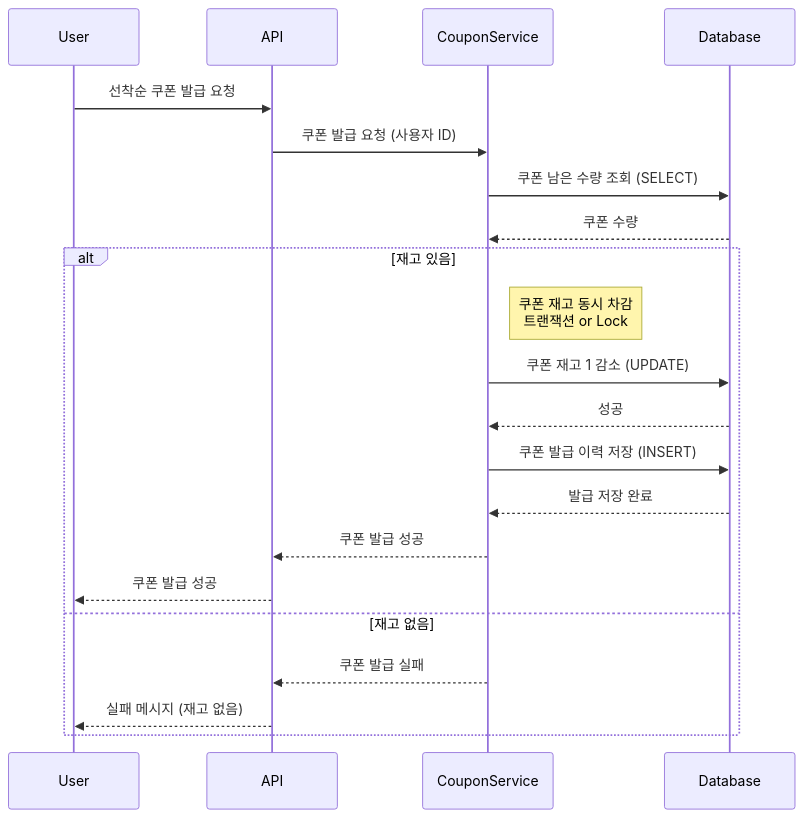
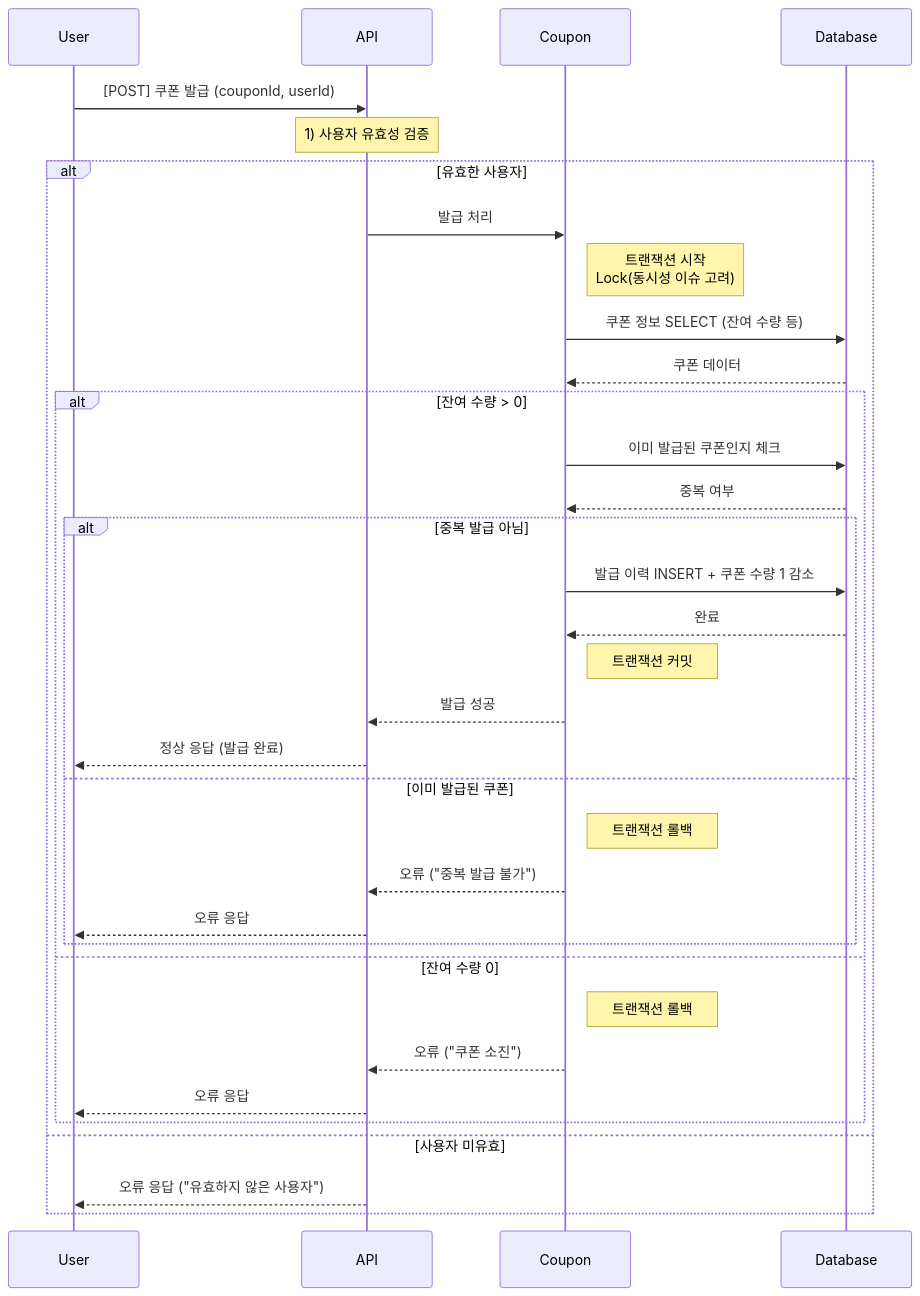
Before and after one commit to kergosdyr/hhplus-commerce-java: the fourth of 8 diagrams in docs/02_sequence.md, drawn with Mermaid. The commit also changed other lines of this file, not shown here.

Commit message:
doc(sequence): edit sequence diagram to sync with flow chart

````diff
--- a/docs/02_sequence.md
+++ b/docs/02_sequence.md
@@ -65,24 +103,37 @@
 ```mermaid
 sequenceDiagram
     participant User
     participant API
-    participant CouponService
+    participant Coupon
     participant Database
+    User ->> API: [POST] 쿠폰 발급 (couponId, userId)
+    note over API: 1) 사용자 유효성 검증
+    alt 유효한 사용자
+        API ->> Coupon: 발급 처리
+        note right of Coupon: 트랜잭션 시작<br>Lock(동시성 이슈 고려)
+        Coupon ->> Database: 쿠폰 정보 SELECT (잔여 수량 등)
+        Database -->> Coupon: 쿠폰 데이터
+        alt 잔여 수량 > 0
+            Coupon ->> Database: 이미 발급된 쿠폰인지 체크
+            Database -->> Coupon: 중복 여부
+            alt 중복 발급 아님
+                Coupon ->> Database: 발급 이력 INSERT + 쿠폰 수량 1 감소
+                Database -->> Coupon: 완료
+                note right of Coupon: 트랜잭션 커밋
+                Coupon -->> API: 발급 성공
+                API -->> User: 정상 응답 (발급 완료)
+            else 이미 발급된 쿠폰
+                note right of Coupon: 트랜잭션 롤백
+                Coupon -->> API: 오류 ("중복 발급 불가")
+                API -->> User: 오류 응답
+            end
+        else 잔여 수량 0
+            note right of Coupon: 트랜잭션 롤백
+            Coupon -->> API: 오류 ("쿠폰 소진")
+            API -->> User: 오류 응답
+        end
+    else 사용자 미유효
+        API -->> User: 오류 응답 ("유효하지 않은 사용자")
+    end
 
-    User->>API: 선착순 쿠폰 발급 요청
-    API->>CouponService: 쿠폰 발급 요청 (사용자 ID)
-    CouponService->>Database: 쿠폰 남은 수량 조회 (SELECT)
-    Database-->>CouponService: 쿠폰 수량
-    alt 재고 있음
-        note right of CouponService: 쿠폰 재고 동시 차감<br>트랜잭션 or Lock
-        CouponService->>Database: 쿠폰 재고 1 감소 (UPDATE)
-        Database-->>CouponService: 성공
-        CouponService->>Database: 쿠폰 발급 이력 저장 (INSERT)
-        Database-->>CouponService: 발급 저장 완료
-        CouponService-->>API: 쿠폰 발급 성공
-        API-->>User: 쿠폰 발급 성공
-    else 재고 없음
-        CouponService-->>API: 쿠폰 발급 실패
-        API-->>User: 실패 메시지 (재고 없음)
-    end
 ```
````
